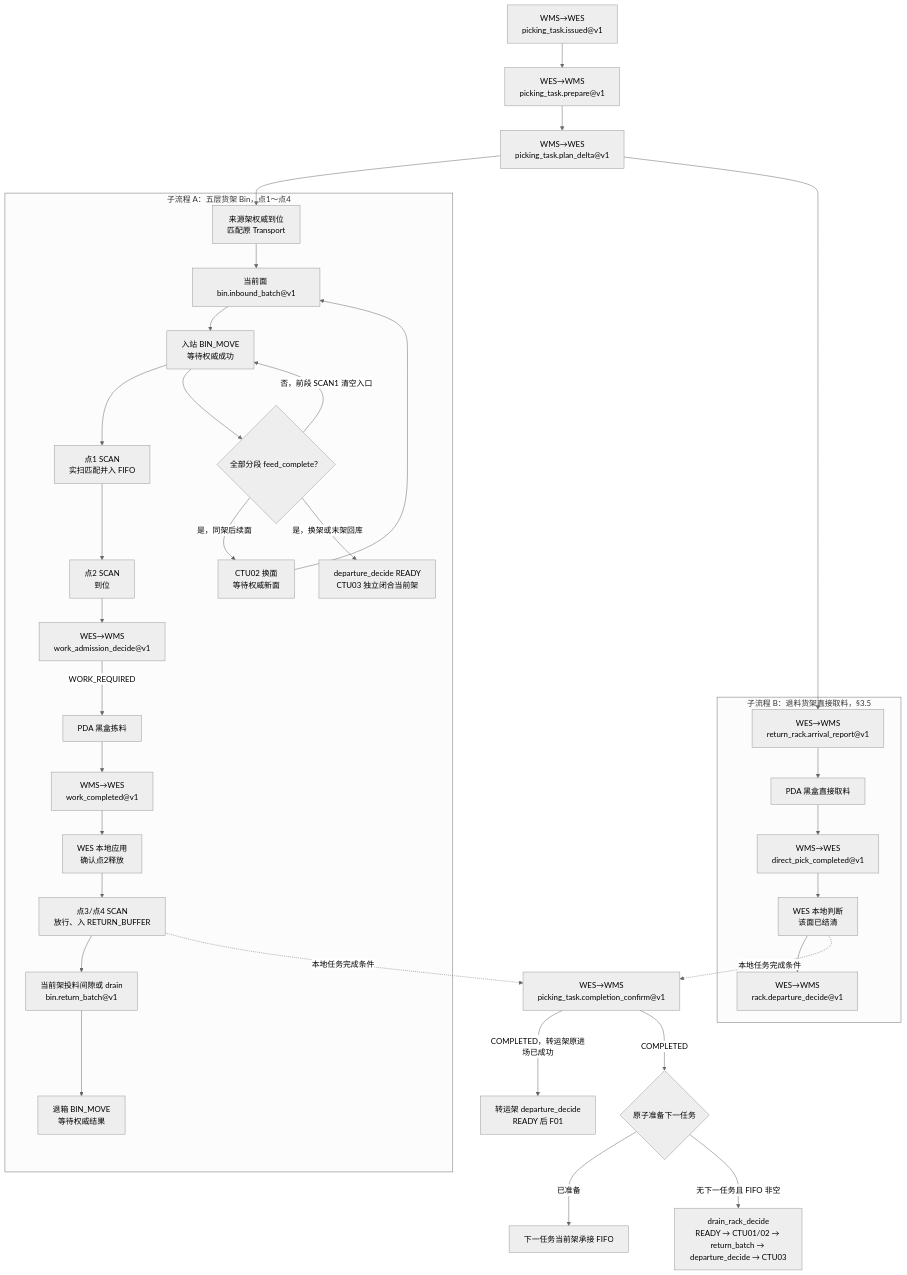
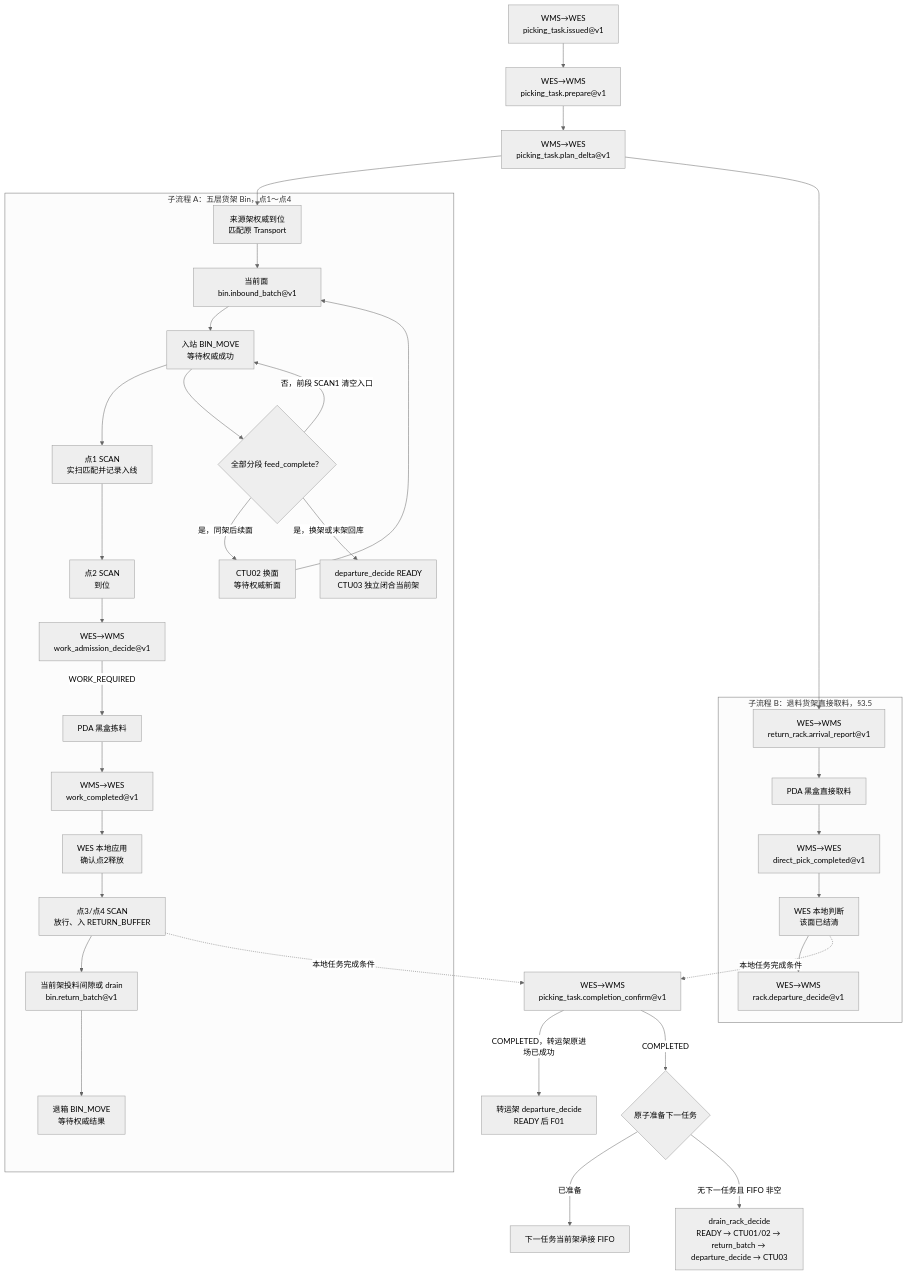
One commit to kaizhoumasha/wes_backend changed the first of 2 diagrams in docs/contracts/wms-manual-outbound-picking-integration-requirements.md. Above: the diagram before and after it, drawn with Mermaid (neutral theme). The commit also changed other lines of this file and 54 other files, not shown here.

````diff
--- a/docs/contracts/wms-manual-outbound-picking-integration-requirements.md
+++ b/docs/contracts/wms-manual-outbound-picking-integration-requirements.md
@@ -42,27 +42,27 @@
 ```mermaid
 flowchart TD
     T1["WMS→WES<br/>picking_task.issued@v1"] --> T2["WES→WMS<br/>picking_task.prepare@v1"] --> T3["WMS→WES<br/>picking_task.plan_delta@v1"]
 
     T3 --> A00
     T3 --> B0
 
     subgraph A["子流程 A：五层货架 Bin，点1～点4"]
-        A00["来源架权威到位<br/>匹配原 Transport"] --> A0["当前面 bin.inbound_batch@v1"] --> A01["入站 BIN_MOVE<br/>等待权威成功"] --> A1["点1 SCAN<br/>实扫匹配并入 FIFO"] --> A2["点2 SCAN<br/>到位"] --> A3["WES→WMS<br/>work_admission_decide@v1"]
+        A00["来源架权威到位<br/>匹配原 Transport"] --> A0["当前面 bin.inbound_batch@v1"] --> A01["入站 BIN_MOVE<br/>等待权威成功"] --> A1["点1 SCAN<br/>实扫匹配并记录入线"] --> A2["点2 SCAN<br/>到位"] --> A3["WES→WMS<br/>work_admission_decide@v1"]
         A3 -->|WORK_REQUIRED| A4["PDA 黑盒拣料"] --> A5["WMS→WES<br/>work_completed@v1"] --> A6["WES 本地应用<br/>确认点2释放"] --> A7["点3/点4 SCAN<br/>放行、入 RETURN_BUFFER"] --> A8["当前架投料间隙或 drain<br/>bin.return_batch@v1"] --> A9["退箱 BIN_MOVE<br/>等待权威结果"]
         A01 --> A10{"全部分段 feed_complete？"}
         A10 -->|否，前段 SCAN1 清空入口| A01
         A10 -->|是，同架后续面| A11["CTU02 换面<br/>等待权威新面"] --> A0
         A10 -->|是，换架或末架回库| A12["departure_decide READY<br/>CTU03 独立闭合当前架"]
     end
 
     subgraph B["子流程 B：退料货架直接取料，§3.5"]
         B0["WES→WMS<br/>return_rack.arrival_report@v1"] --> B1["PDA 黑盒直接取料"] --> B2["WMS→WES<br/>direct_pick_completed@v1"] --> B3["WES 本地判断<br/>该面已结清"] --> B4["WES→WMS<br/>rack.departure_decide@v1"]
     end
 
     A7 -. "本地任务完成条件" .-> DONE["WES→WMS<br/>picking_task.completion_confirm@v1"]
     B3 -. "本地任务完成条件" .-> DONE
     DONE -->|COMPLETED，转运架原进场已成功| TOUT["转运架 departure_decide<br/>READY 后 F01"]
     DONE -->|COMPLETED| NEXT{"原子准备下一任务"}
     NEXT -->|已准备| INHERIT["下一任务当前架承接 FIFO"]
     NEXT -->|无下一任务且 FIFO 非空| DRAIN["drain_rack_decide<br/>READY → CTU01/02 → return_batch → departure_decide → CTU03"]
 ```
````
